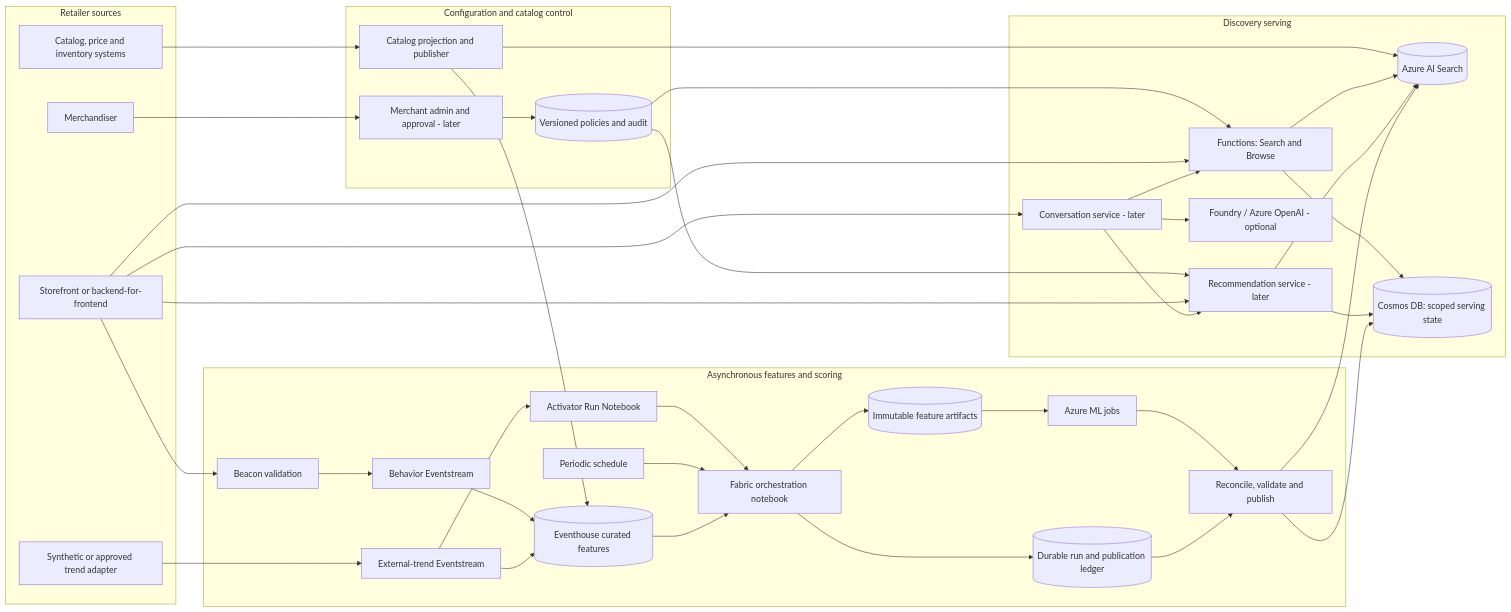
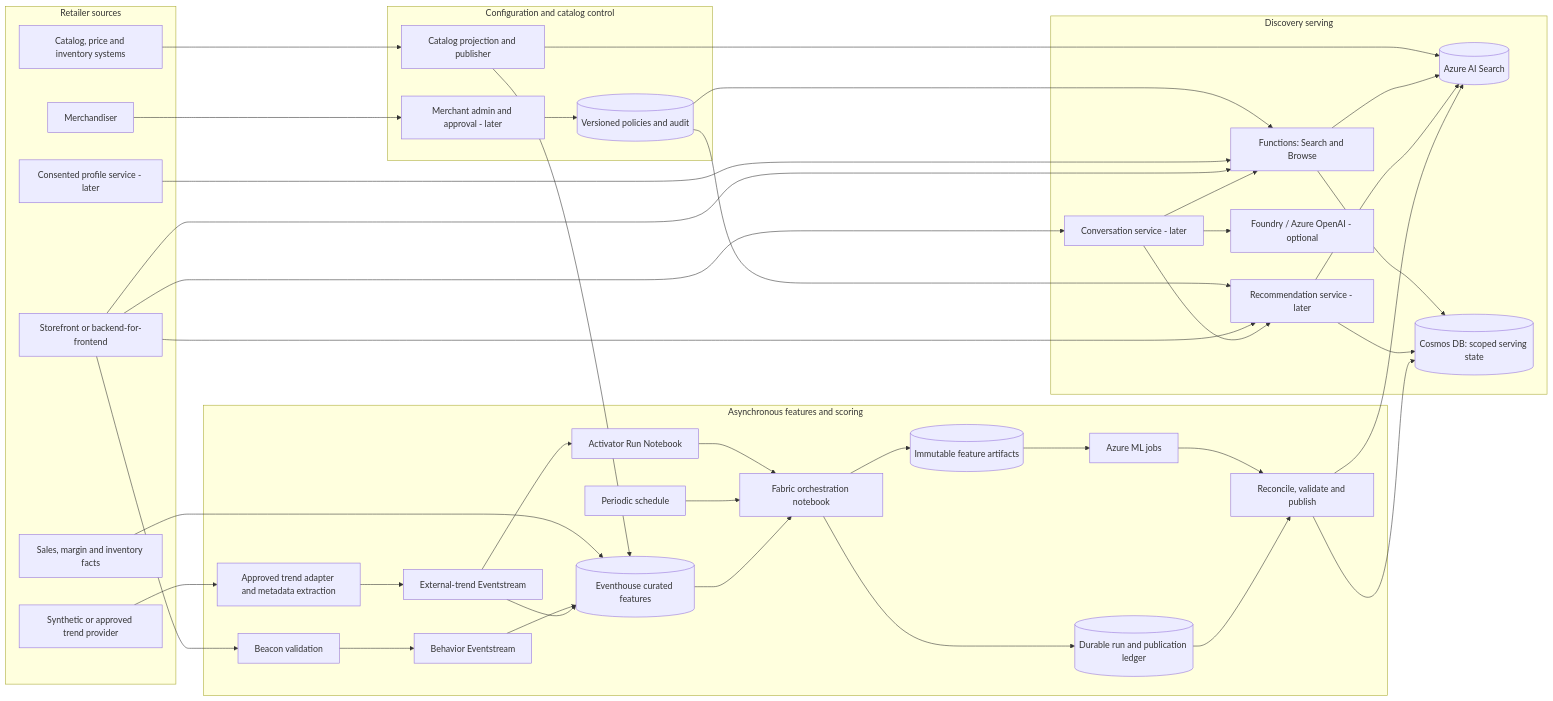
Before and after one commit to duongthaiha/dynamic-real-time-search: the first of 3 diagrams in docs/architecture/azure-commerce-search-platform-design.md, drawn with Mermaid. The commit also changed other lines of this file and 2 other files, not shown here.

````diff
--- a/docs/architecture/azure-commerce-search-platform-design.md
+++ b/docs/architecture/azure-commerce-search-platform-design.md
@@ -53,60 +53,65 @@
 ```mermaid
 flowchart LR
     subgraph Sources["Retailer sources"]
         CAT["Catalog, price and inventory systems"]
+        COM["Sales, margin and inventory facts"]
         SHOP["Storefront or backend-for-frontend"]
-        EXT["Synthetic or approved trend adapter"]
+        PROF["Consented profile service - later"]
+        EXT["Synthetic or approved trend provider"]
         MER["Merchandiser"]
     end
     subgraph Serving["Discovery serving"]
         API["Functions: Search and Browse"]
         REC["Recommendation service - later"]
         CONV["Conversation service - later"]
         IDX[("Azure AI Search")]
         STATE[("Cosmos DB: scoped serving state")]
         LLM["Foundry / Azure OpenAI - optional"]
     end
     subgraph Control["Configuration and catalog control"]
         SYNC["Catalog projection and publisher"]
         ADMIN["Merchant admin and approval - later"]
         CFG[("Versioned policies and audit")]
     end
     subgraph Learning["Asynchronous features and scoring"]
         BEA["Beacon validation"]
         BES["Behavior Eventstream"]
+        EXTAD["Approved trend adapter and metadata extraction"]
         XES["External-trend Eventstream"]
         EH[("Eventhouse curated features")]
         ACT["Activator Run Notebook"]
         NB["Fabric orchestration notebook"]
         SCHED["Periodic schedule"]
         SNAP[("Immutable feature artifacts")]
         ML["Azure ML jobs"]
         LEDGER[("Durable run and publication ledger")]
         PUB["Reconcile, validate and publish"]
     end
     CAT --> SYNC
     SYNC --> IDX
     SYNC --> EH
+    COM --> EH
     MER --> ADMIN --> CFG
     CFG --> API
     CFG --> REC
+    PROF --> API
     SHOP --> API --> IDX
     API --> STATE
     SHOP --> REC
     REC --> STATE
     REC --> IDX
     SHOP --> CONV
     CONV --> LLM
     CONV --> API
     CONV --> REC
     SHOP --> BEA --> BES --> EH
-    EXT --> XES --> EH
+    EXT --> EXTAD --> XES --> EH
     XES --> ACT --> NB
     SCHED --> NB
     EH --> NB --> SNAP --> ML
     NB --> LEDGER
     ML --> PUB
     LEDGER --> PUB
     PUB --> IDX
     PUB --> STATE
 ```
````
